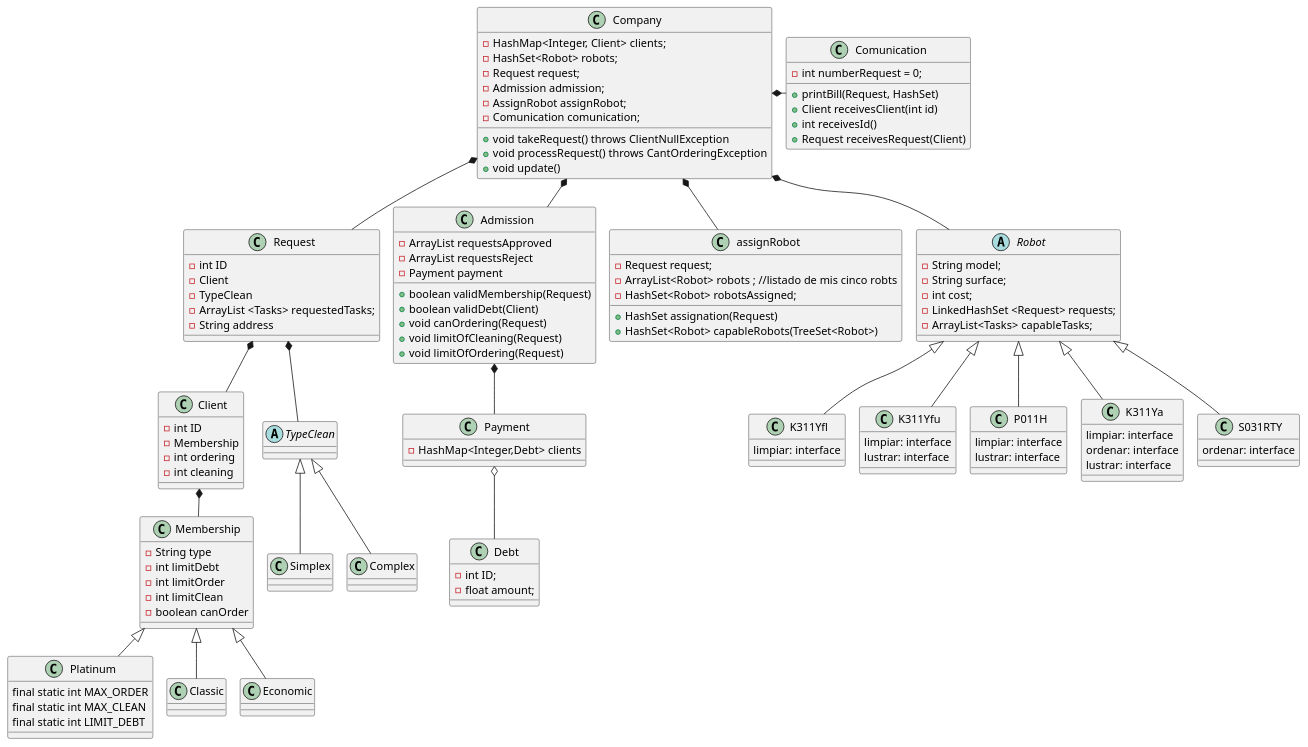
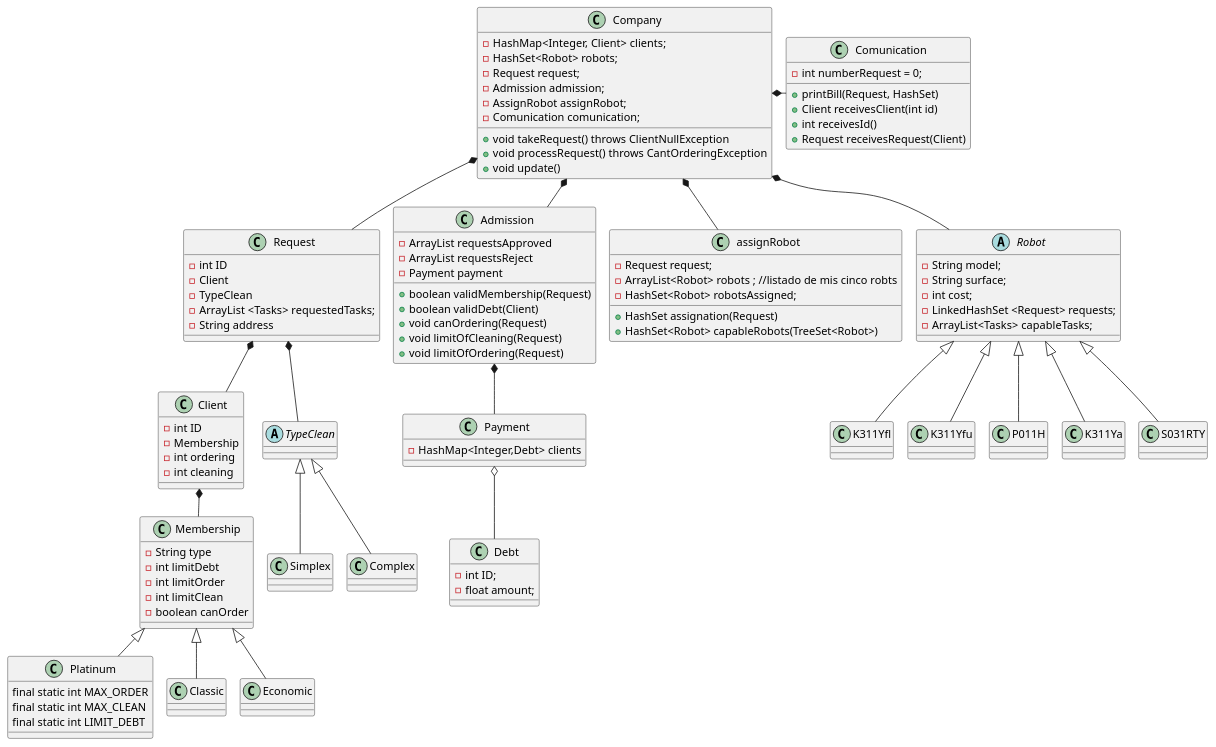
The diagram in diagramas/diagrama_final.puml (Grupo-3-Labo-y-prog/RobotsTP), drawn with PlantUML before and after one commit.

Commit message:
inicio Diagrama 2 etapa

```diff
--- a/diagramas/diagrama_final.puml
+++ b/diagramas/diagrama_final.puml
@@ -1,175 +1,167 @@
 @startuml
 'https://plantuml.com/class-diagram
 !pragma layout smetana
 class Client
 class Membership
 class Platinum
 class Classic
 class Economic
 class Request
 abstract class TypeClean
 class Simplex
 class Complex
 class Admission
 class Company
 class assignRobot
 class Payment
 abstract class Robot
 class K311Yfl
 class K311Yfu
 class P011H
 class K311Ya
 class S031RTY
 
 
 Client *-- Membership
 Membership <|-- Platinum
 Membership <|-- Classic
 Membership <|-- Economic
 Company *-- Admission
 Company *-- assignRobot
 Company *- Comunication
 Company *-- Robot
 Company *-- Request
 Request *-- Client
 Request *-- TypeClean
 TypeClean <|-- Simplex
 TypeClean <|-- Complex
 Robot <|-- K311Ya
 Robot <|--S031RTY
 Robot <|--P011H
 Robot <|--K311Yfu
 Robot <|-- K311Yfl
 Admission *-- Payment
 Payment o-- Debt
 
 class Debt{
 - int ID;
 - float amount;
 }
 
 Class Comunication{
 - int numberRequest = 0;
 +printBill(Request, HashSet)
 +Client receivesClient(int id)
 +int receivesId()
 +Request receivesRequest(Client)
 }
 
 abstract class Robot{
 -String model;
 -String surface;
 -int cost;
 -LinkedHashSet <Request> requests;
 -ArrayList<Tasks> capableTasks;
 
 }
 
 class Payment{
 -HashMap<Integer,Debt> clients
 }
 
 class Company{
 
 - HashMap<Integer, Client> clients;
     - HashSet<Robot> robots;
     - Request request;
     - Admission admission;
     - AssignRobot assignRobot;
     - Comunication comunication;
 
 'llama a admission
 +void takeRequest() throws ClientNullException
 +void processRequest() throws CantOrderingException
 +void update()
 
 }
 
 'posible clase
 class Admission{
 -ArrayList requestsApproved
 -ArrayList requestsReject
 -Payment payment
 '-ArrayList clients
 
 'ej: pedir un ordenamiento cuando no puede
 +boolean validMembership(Request)
 +boolean validDebt(Client)
 + void canOrdering(Request)
 +void limitOfCleaning(Request)
 +void limitOfOrdering(Request)
 
 
 }
 
 
 class assignRobot{
 -Request request;
 -ArrayList<Robot> robots ; //listado de mis cinco robts
 -HashSet<Robot> robotsAssigned;
 
 +HashSet assignation(Request)
 +HashSet<Robot> capableRobots(TreeSet<Robot>)
 
 
 'while Entities.Request.tareas != null
     'recorro robots: if(robot instanceOf tarea) --> resultado.add(Robots.Robot,tarea)
     'itero a la siguiente tarea
     'si el robot siguiente puede hacer la otra tarea: if(robot instanceOf tarea) --> resultado.add(Robots.Robot,tarea) /se va a pisar en el mismo robot la segunda tarea (como es tree no se duplica el robot y asumo que ambas tareas la hace un solo robot. Por ahora solo asigno uno
     'else (robot !instanceOf tarea)- voy al sig robot y así sucesivamente hasta que encuentro otro robot --> resultado.add(Robots.Robot,tarea)
     'Aca se va a crear otro nodo de Robots.Robot voy a tener dos elementos en resultado: resultado(1): Robots.Robot XXX/LIMPIEZA - Robots.Robot YYY/ ORDENAM etc.
     'voy a retornar el hashMap resultado y al iterarlo voy a saber que robots asigne
 }
 
 
 class Request{
 -int ID
 -Client
 -TypeClean
 -ArrayList <Tasks> requestedTasks;
 -String address
 }
 
 
 class Client{
 -int ID
 -Membership
 -int ordering
 -int cleaning
 'String address?
 }
 
 class Membership{
 -String type
 -int limitDebt
 -int limitOrder
 -int limitClean
 -boolean canOrder
 }
 
 class Platinum{
 final static int MAX_ORDER
 final static int MAX_CLEAN
 final static int LIMIT_DEBT
 }
 
 class K311Yfl{
-limpiar: interface
 }
 class K311Yfu{
-limpiar: interface
-lustrar: interface
 }
 class P011H{
-limpiar: interface
-lustrar: interface
 }
 class S031RTY{
-ordenar: interface
 }
 class K311Ya{
-limpiar: interface
-ordenar: interface
-lustrar: interface
+
 }
 @enduml
```
